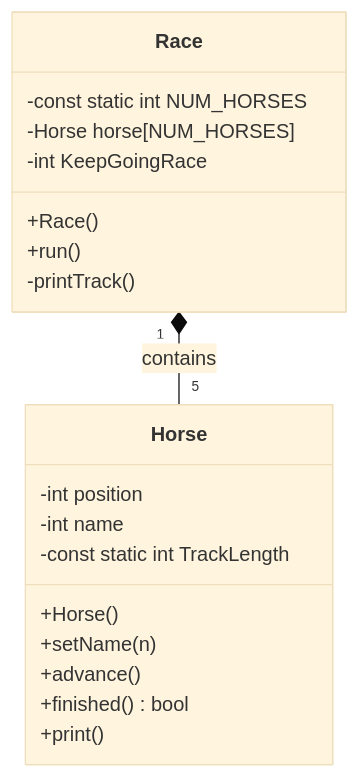
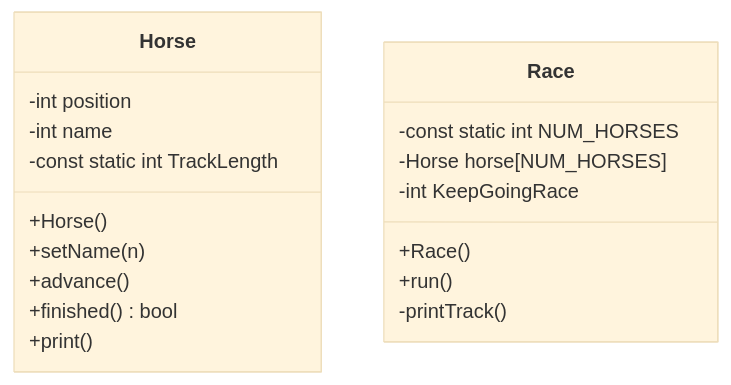
The diagram in README.md (brozone700/CompSci121OOPHorseRace), drawn with Mermaid (base theme) before and after one commit.

````diff
--- a/README.md
+++ b/README.md
@@ -3,22 +3,21 @@
 ```mermaid
 classDiagram
   class Horse {
     -int position
     -int name
     -const static int TrackLength
     +Horse()
     +setName(n)
     +advance()
     +finished() bool
     +print()
   }
   class Race {
     -const static int NUM_HORSES
     -Horse horse[NUM_HORSES]
     -int KeepGoingRace
     +Race()
     +run()
     -printTrack()
   }
-  Race "1" *-- "5" Horse : contains
 ```
````
